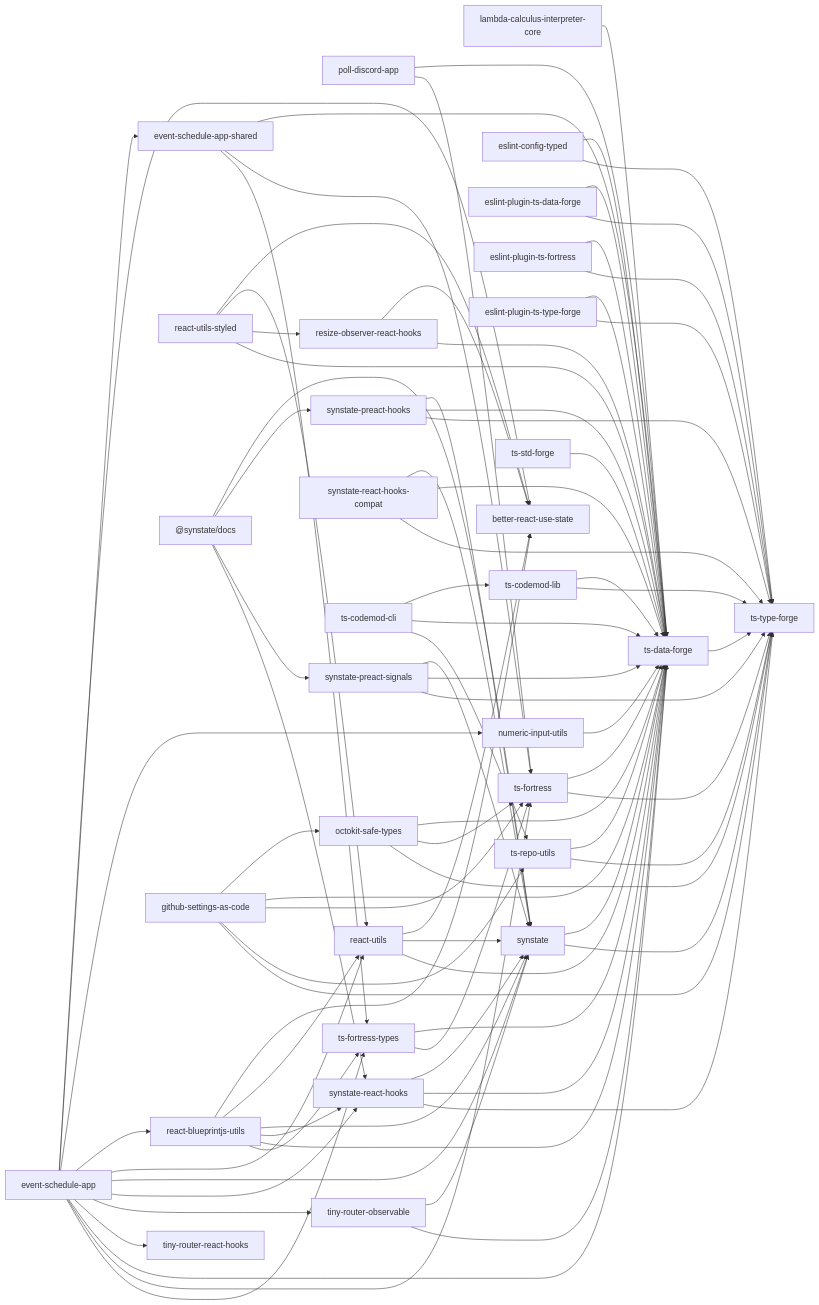
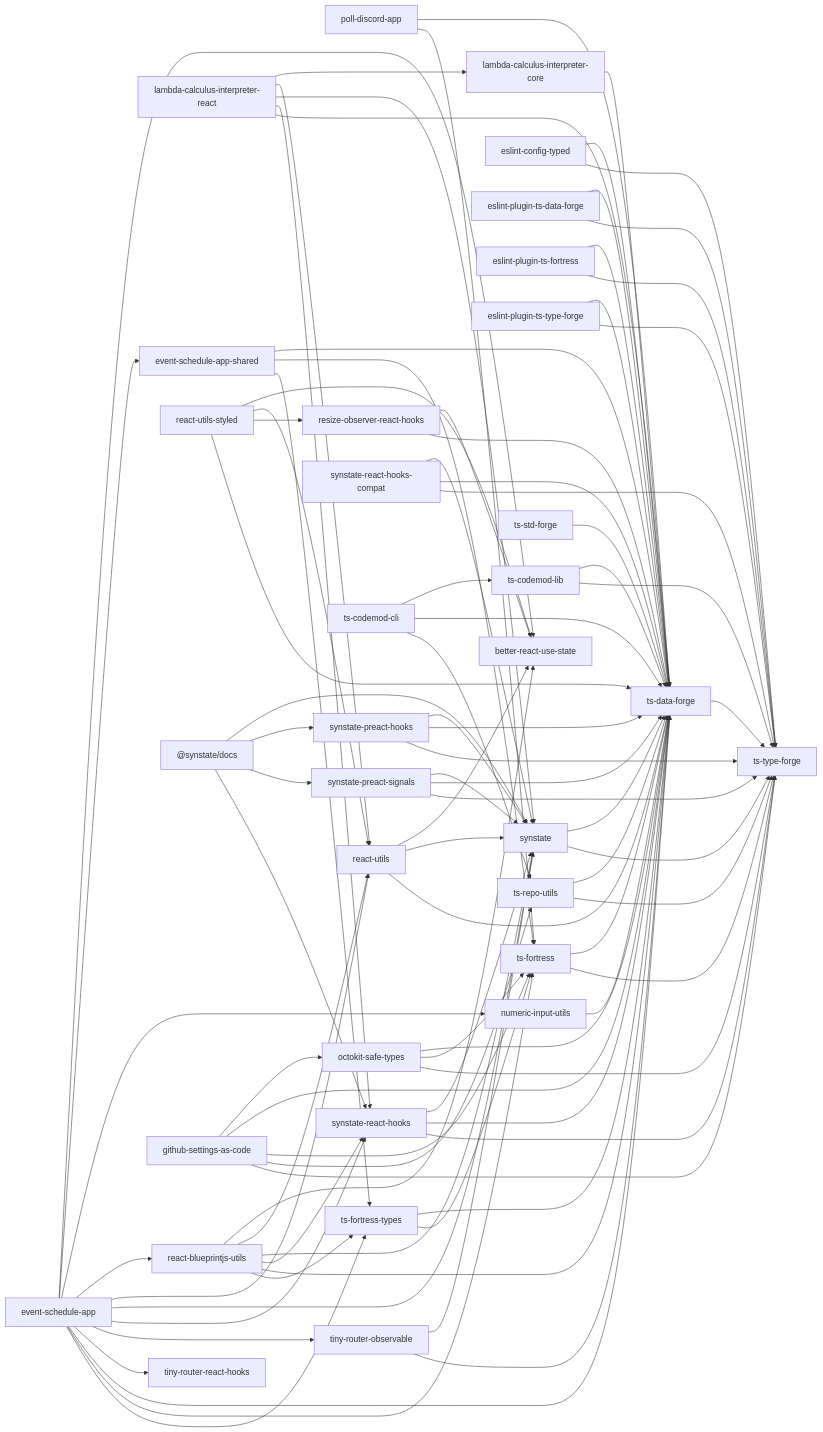
The diagram in docs/package-dependencies.md (noshiro-pf/mono), drawn with Mermaid before and after one commit. The commit also changed other lines of this file and 13 other files, not shown here.

First line of the commit message:
feat: experimental/ から lambda-calculus-interpreter-react を復元する (#1746)

```diff
--- a/docs/package-dependencies.md
+++ b/docs/package-dependencies.md
@@ -15,6 +15,7 @@
   event_schedule_app["event-schedule-app"]
   event_schedule_app_shared["event-schedule-app-shared"]
   lambda_calculus_interpreter_core["lambda-calculus-interpreter-core"]
+  lambda_calculus_interpreter_react["lambda-calculus-interpreter-react"]
   numeric_input_utils["numeric-input-utils"]
   poll_discord_app["poll-discord-app"]
   react_blueprintjs_utils["react-blueprintjs-utils"]
@@ -60,6 +61,11 @@
   event_schedule_app_shared --> ts_fortress
   event_schedule_app_shared --> ts_fortress_types
   lambda_calculus_interpreter_core --> ts_data_forge
+  lambda_calculus_interpreter_react --> lambda_calculus_interpreter_core
+  lambda_calculus_interpreter_react --> react_utils
+  lambda_calculus_interpreter_react --> synstate
+  lambda_calculus_interpreter_react --> synstate_react_hooks
+  lambda_calculus_interpreter_react --> ts_data_forge
   numeric_input_utils --> ts_data_forge
   poll_discord_app --> ts_data_forge
   poll_discord_app --> ts_fortress
```
